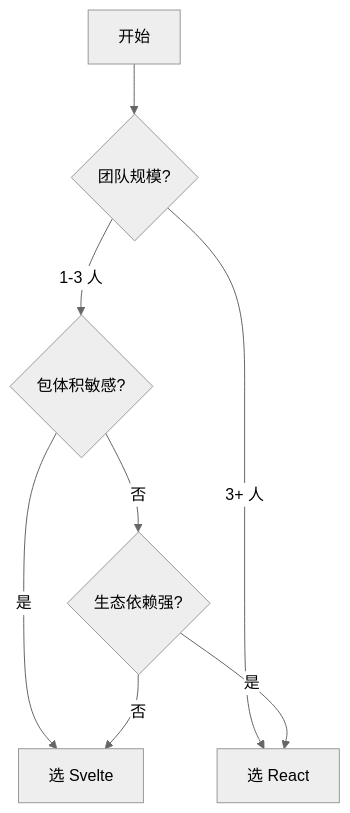
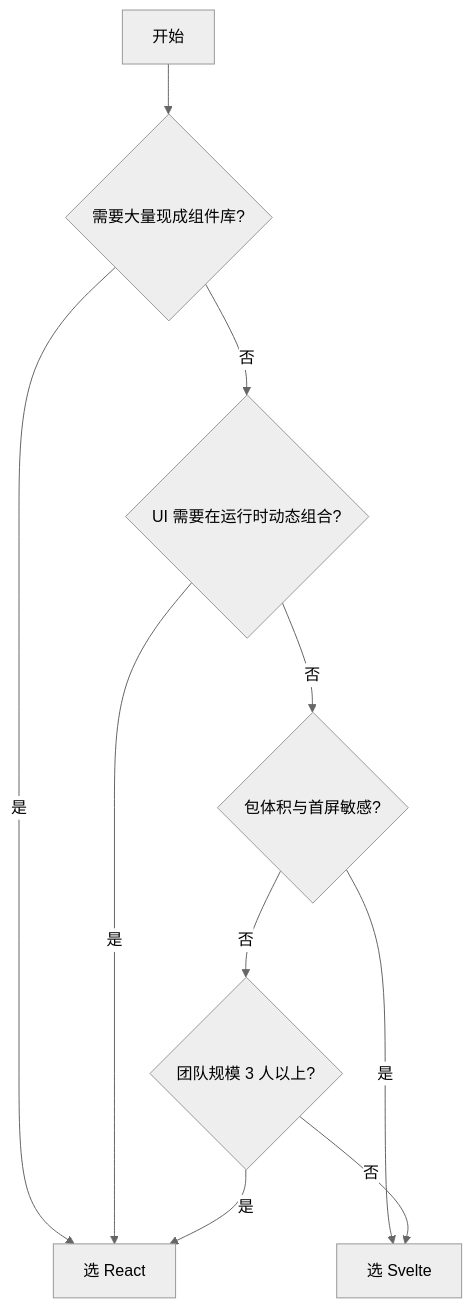
One commit to pedyc/dg.pedyc changed the diagram in content/30-RESOURCES/Svelte vs React.md. Above: the diagram before and after it, drawn with Mermaid (neutral theme). The commit also changed other lines of this file and 67 other files, not shown here.

````diff
--- a/content/30-RESOURCES/Svelte vs React.md
+++ b/content/30-RESOURCES/Svelte vs React.md
@@ -86,10 +94,12 @@
 ```mermaid
 graph TD
-    A[开始] --> B{团队规模?}
-    B -->|1-3 人| C{包体积敏感?}
-    B -->|3+ 人| D[选 React]
-    C -->|是| E[选 Svelte]
-    C -->|否| F{生态依赖强?}
-    F -->|是| D
-    F -->|否| E
+    A[开始] --> B{"需要大量现成组件库?"}
+    B -->|是| R[选 React]
+    B -->|否| C{"UI 需要在运行时动态组合?"}
+    C -->|是| R
+    C -->|否| D{"包体积与首屏敏感?"}
+    D -->|是| S[选 Svelte]
+    D -->|否| E{"团队规模 3 人以上?"}
+    E -->|是| R
+    E -->|否| S
 ```
````
